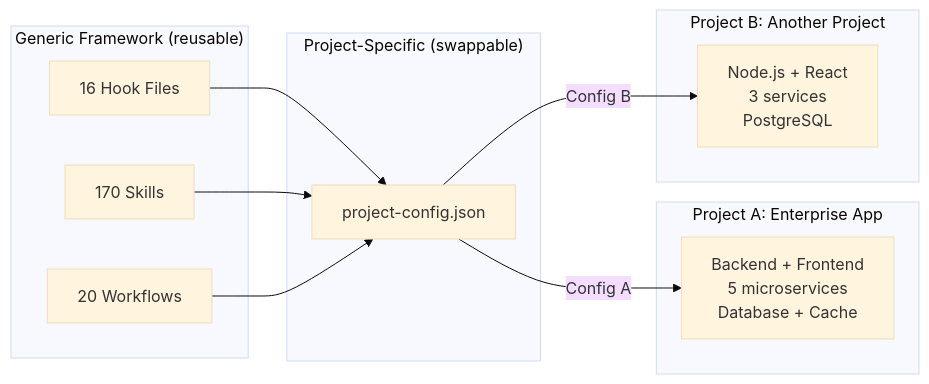
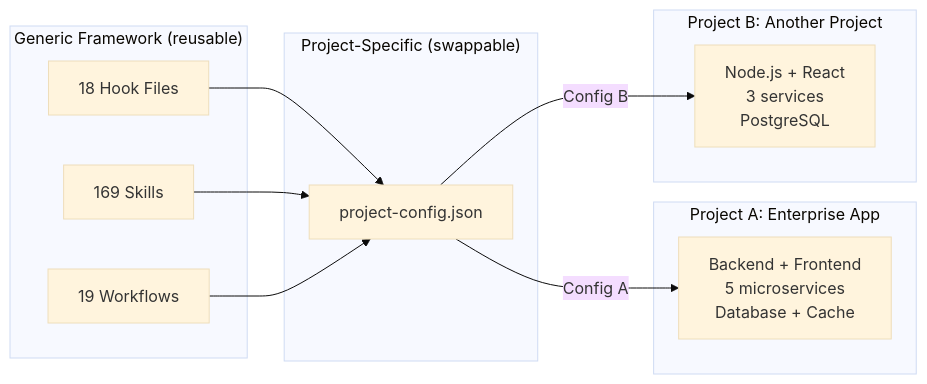
Before and after one commit to duc01226/easy-claude: the eighth of 20 diagrams in .claude/docs/claude-ai-agent-framework-guide.md, drawn with Mermaid (base theme). The commit also changed other lines of this file and 153 other files, not shown here.

````diff
--- a/.claude/docs/claude-ai-agent-framework-guide.md
+++ b/.claude/docs/claude-ai-agent-framework-guide.md
@@ -878,24 +876,24 @@
 ```mermaid
 graph LR
     subgraph "Generic Framework (reusable)"
-        H[16 Hook Files]
-        S[170 Skills]
-        W[20 Workflows]
+        H[18 Hook Files]
+        S[169 Skills]
+        W[19 Workflows]
     end
 
     subgraph "Project-Specific (swappable)"
         PC[project-config.json]
     end
 
     subgraph "Project A: Enterprise App"
         PA[Backend + Frontend<br/>5 microservices<br/>Database + Cache]
     end
 
     subgraph "Project B: Another Project"
         PB[Node.js + React<br/>3 services<br/>PostgreSQL]
     end
 
     H & S & W --> PC
     PC -->|Config A| PA
     PC -->|Config B| PB
 ```
````
